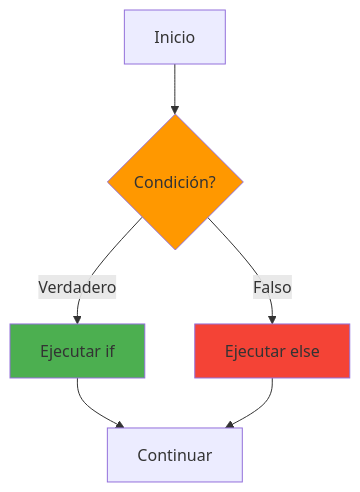
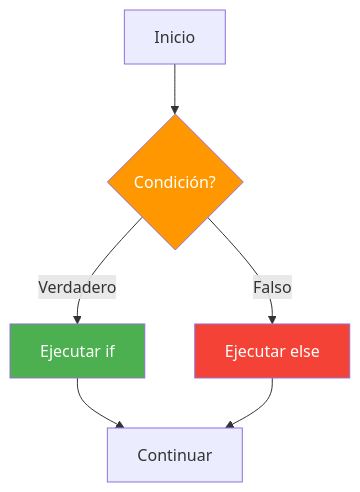
The second of 7 diagrams in csharp_inicial/04-Fundamentoscsharp.md (joseluisgs/DesarrolloWebEntornosServidor-01-2026-2027), drawn with Mermaid before and after one commit. The commit also changed other lines of this file and 66 other files, not shown here.

First line of the commit message:
fix: normalizar titulos al castellano de frase y corregir la paleta de mermaid

````diff
--- a/csharp_inicial/04-Fundamentoscsharp.md
+++ b/csharp_inicial/04-Fundamentoscsharp.md
@@ -237,12 +237,12 @@
 ```mermaid
 flowchart TD
     A[Inicio] --> B{Condición?}
     B -->|Verdadero| C[Ejecutar if]
     B -->|Falso| D[Ejecutar else]
     C --> E[Continuar]
     D --> E
     
-    style B fill:#FF9800
-    style C fill:#4CAF50
-    style D fill:#F44336
+    style B fill:#FF9800,color:#fff
+    style C fill:#4CAF50,color:#fff
+    style D fill:#F44336,color:#fff
 ```
````
